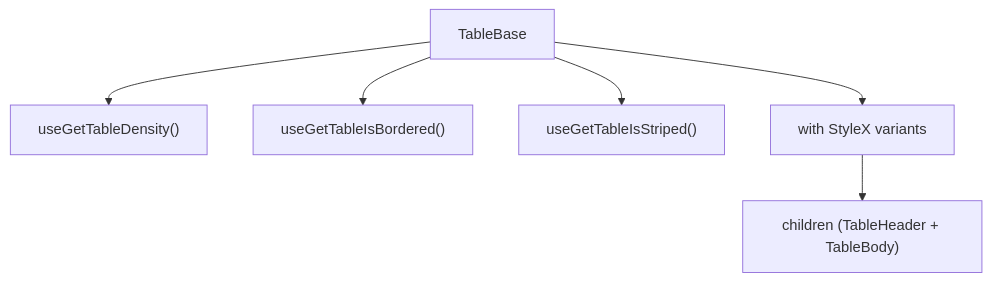
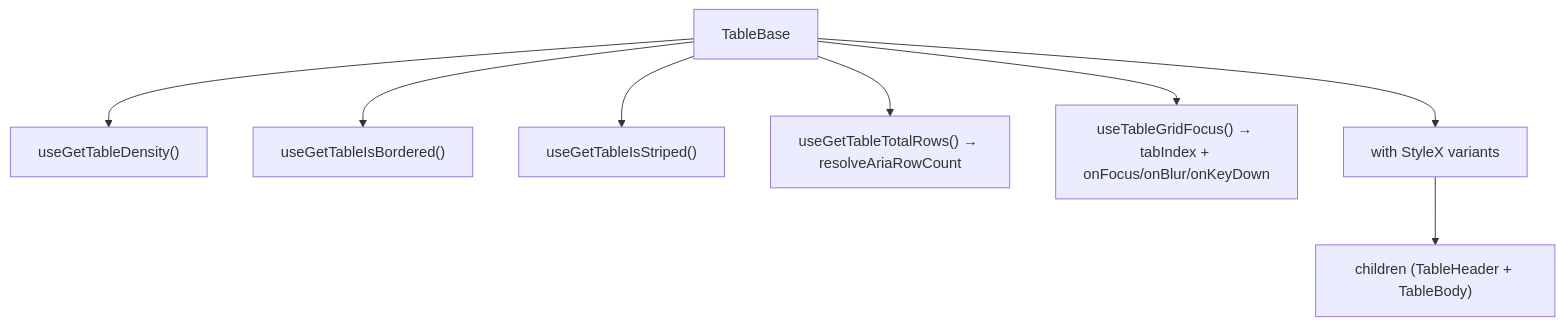
Before and after one commit to luciocabrera/lcabrera-stack: the diagram in packages/ui/src/components/Table/TableBase/ARCHITECTURE.md, drawn with Mermaid. The commit also changed other lines of this file and 107 other files, not shown here.

First line of the commit message:
feat(ui): grid semantics, roving focus and keyboard navigation (#645)

````diff
--- a/packages/ui/src/components/Table/TableBase/ARCHITECTURE.md
+++ b/packages/ui/src/components/Table/TableBase/ARCHITECTURE.md
@@ -29,8 +75,10 @@
 ```mermaid
 graph TD
   TB["TableBase"] --> density["useGetTableDensity()"]
   TB --> bordered["useGetTableIsBordered()"]
   TB --> striped["useGetTableIsStriped()"]
-  TB --> table["<table> with StyleX variants"]
+  TB --> total["useGetTableTotalRows() → resolveAriaRowCount"]
+  TB --> focus["useTableGridFocus() → tabIndex + onFocus/onBlur/onKeyDown"]
+  TB --> table["<table role='grid'> with StyleX variants"]
   table --> children["children (TableHeader + TableBody)"]
 ```
````
